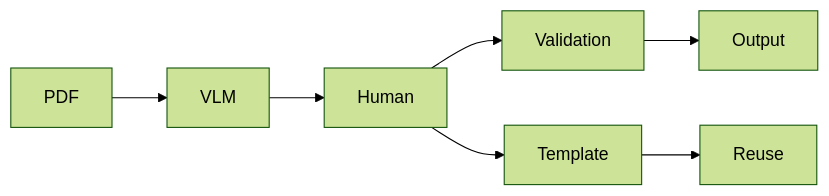
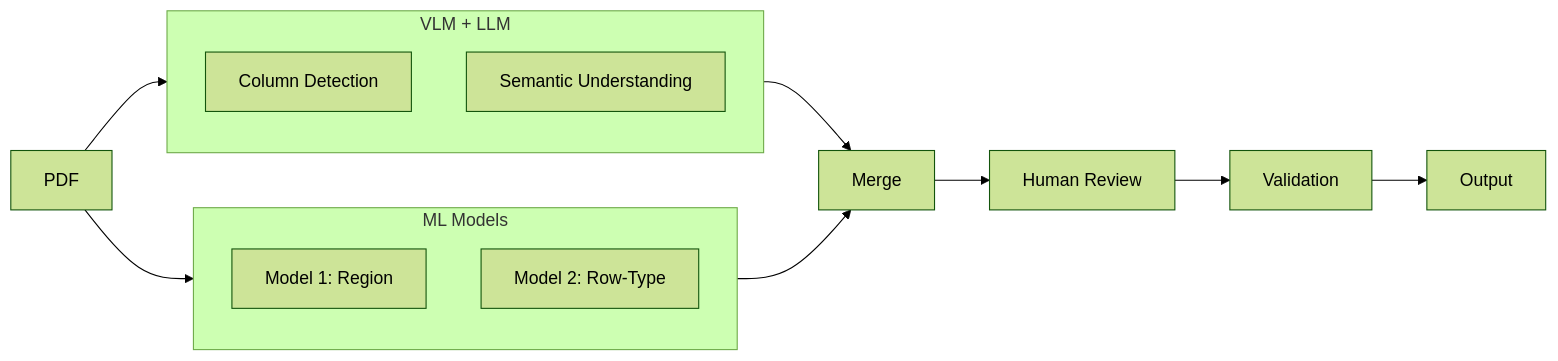
One commit to ges257/glass changed the second of 3 diagrams in ARCHITECTURE.md. Above: the diagram before and after it, drawn with Mermaid (forest theme). The commit also changed other lines of this file, not shown here.

Commit message:
Add v1 (academic) and production (hybrid) architecture diagrams

````diff
--- a/ARCHITECTURE.md
+++ b/ARCHITECTURE.md
@@ -11,5 +34,20 @@
 ```mermaid
 flowchart LR
-    PDF --> VLM --> Human --> Validation --> Output
-    Human --> Template --> Reuse
+    subgraph VLM/LLM ["VLM + LLM"]
+        VLM[Column Detection]
+        LLM[Semantic Understanding]
+    end
+
+    subgraph ML ["ML Models"]
+        M1[Model 1: Region]
+        M2[Model 2: Row-Type]
+    end
+
+    PDF --> VLM/LLM
+    PDF --> ML
+    VLM/LLM --> Merge
+    ML --> Merge
+    Merge --> Human[Human Review]
+    Human --> Validation
+    Validation --> Output
 ```
````
